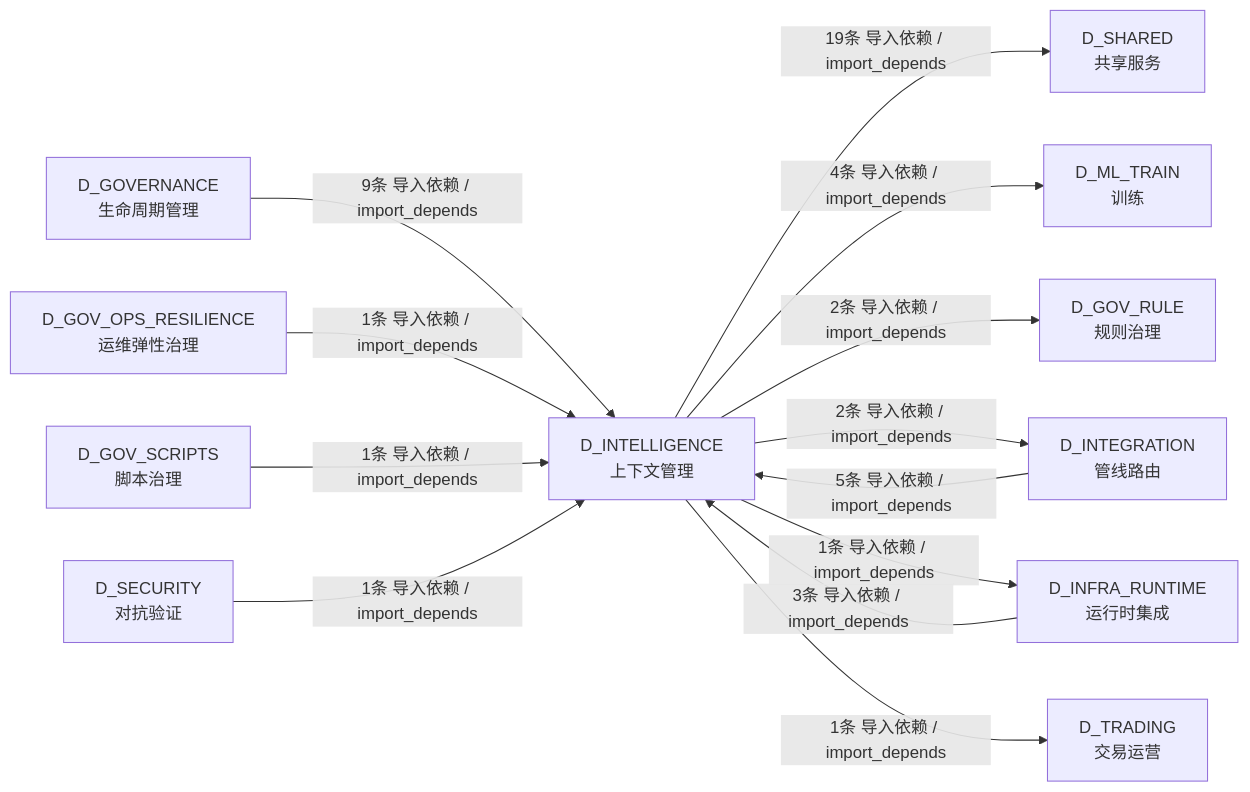
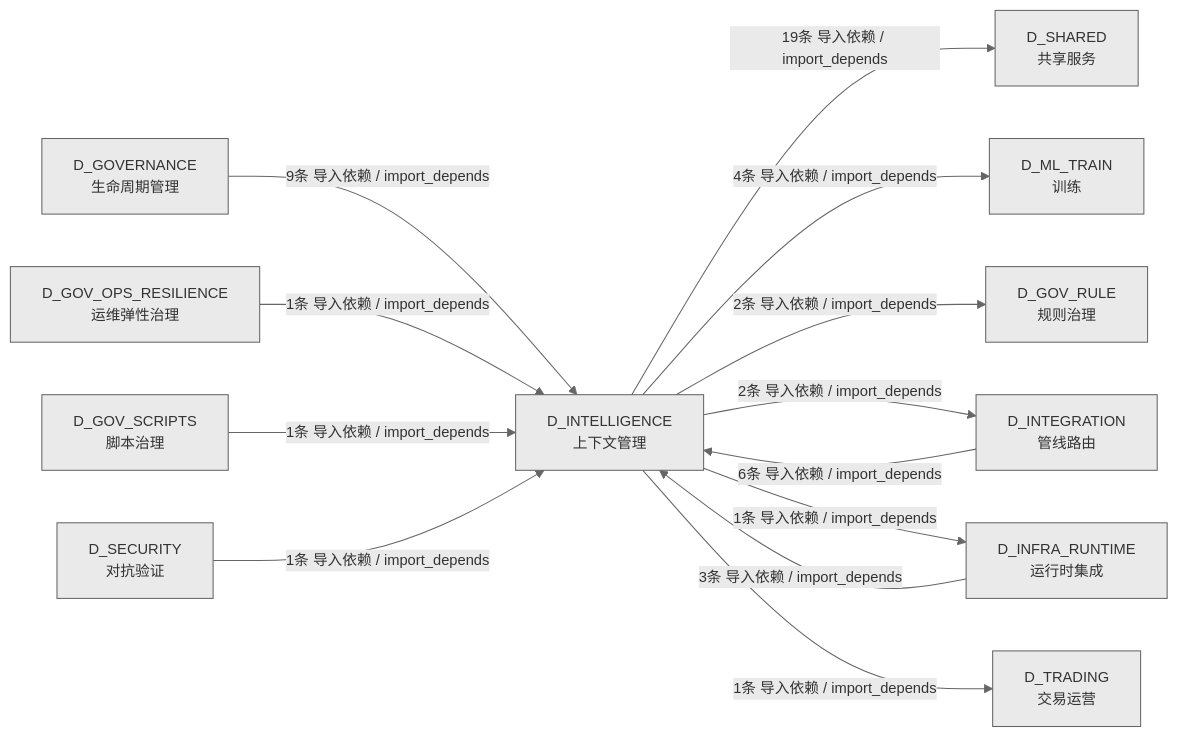
One commit to xuanFelixVan/ZephyrAlpha changed the fourth of 4 diagrams in docs/02_enterprise_architecture/02_domain_architecture_docs/57_d_intelligence.md. Above: the diagram before and after it, drawn with Mermaid. The commit also changed other lines of this file and 76 other files, not shown here.

````diff
--- a/docs/02_enterprise_architecture/02_domain_architecture_docs/57_d_intelligence.md
+++ b/docs/02_enterprise_architecture/02_domain_architecture_docs/57_d_intelligence.md
@@ -400,26 +449,27 @@
 ```mermaid
+%%{init: {'theme': 'base', 'themeVariables': {'primaryColor': '#eaeaea', 'primaryTextColor': '#333333', 'primaryBorderColor': '#666666', 'lineColor': '#666666', 'secondaryColor': '#eaeaea', 'tertiaryColor': '#eaeaea', 'fontSize': '14px'}}}%%
 graph LR
     D_INTELLIGENCE["D_INTELLIGENCE<br/>上下文管理"]
     D_SHARED["D_SHARED<br/>共享服务"]
     D_ML_TRAIN["D_ML_TRAIN<br/>训练"]
     D_GOV_RULE["D_GOV_RULE<br/>规则治理"]
     D_INTEGRATION["D_INTEGRATION<br/>管线路由"]
     D_INFRA_RUNTIME["D_INFRA_RUNTIME<br/>运行时集成"]
     D_TRADING["D_TRADING<br/>交易运营"]
     D_GOVERNANCE["D_GOVERNANCE<br/>生命周期管理"]
     D_GOV_OPS_RESILIENCE["D_GOV_OPS_RESILIENCE<br/>运维弹性治理"]
     D_GOV_SCRIPTS["D_GOV_SCRIPTS<br/>脚本治理"]
     D_SECURITY["D_SECURITY<br/>对抗验证"]
     D_INTELLIGENCE -->|19条 导入依赖 / import_depends| D_SHARED
     D_INTELLIGENCE -->|4条 导入依赖 / import_depends| D_ML_TRAIN
     D_INTELLIGENCE -->|2条 导入依赖 / import_depends| D_GOV_RULE
     D_INTELLIGENCE -->|2条 导入依赖 / import_depends| D_INTEGRATION
     D_INTELLIGENCE -->|1条 导入依赖 / import_depends| D_INFRA_RUNTIME
     D_INTELLIGENCE -->|1条 导入依赖 / import_depends| D_TRADING
     D_GOVERNANCE -->|9条 导入依赖 / import_depends| D_INTELLIGENCE
-    D_INTEGRATION -->|5条 导入依赖 / import_depends| D_INTELLIGENCE
+    D_INTEGRATION -->|6条 导入依赖 / import_depends| D_INTELLIGENCE
     D_INFRA_RUNTIME -->|3条 导入依赖 / import_depends| D_INTELLIGENCE
     D_GOV_OPS_RESILIENCE -->|1条 导入依赖 / import_depends| D_INTELLIGENCE
     D_GOV_SCRIPTS -->|1条 导入依赖 / import_depends| D_INTELLIGENCE
     D_SECURITY -->|1条 导入依赖 / import_depends| D_INTELLIGENCE
 ```
````
